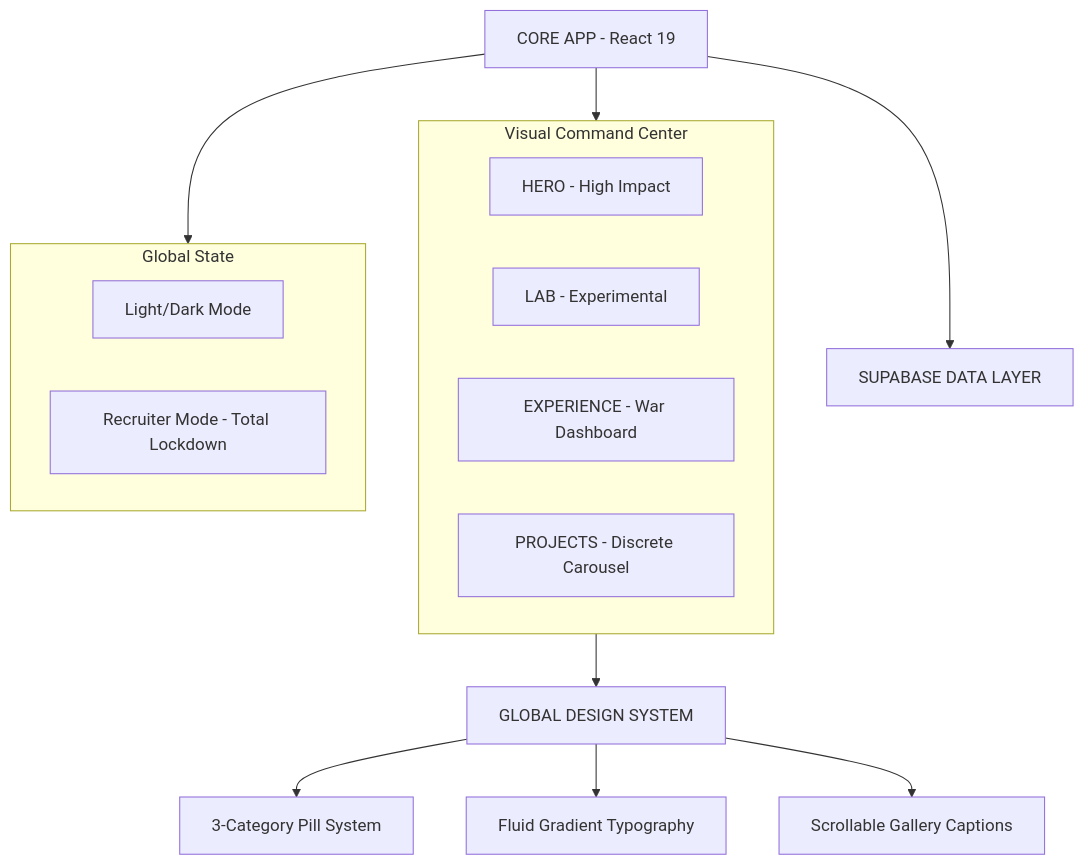
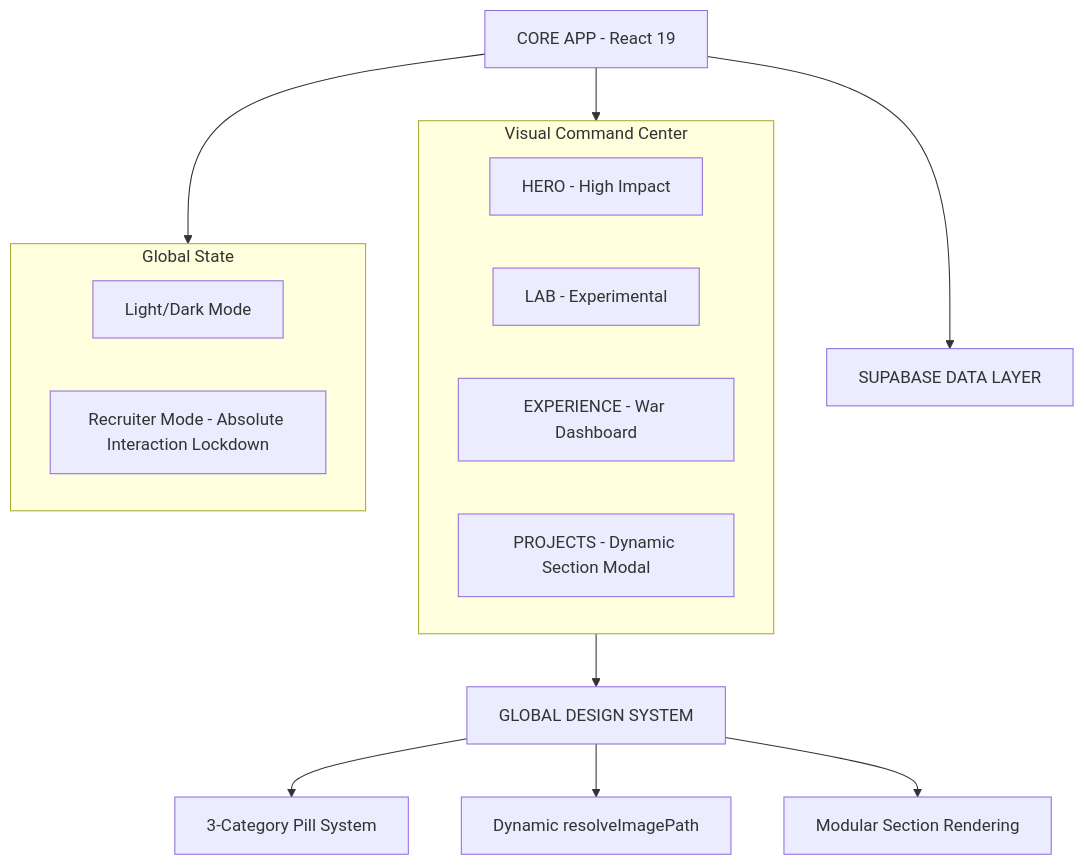
The diagram in README.md (lukaslimna1/Lucas-Lima-Digital), drawn with Mermaid before and after one commit. The commit also changed other lines of this file, not shown here.

Commit message:
docs: update industrial standard to v6.0.7 and document dynamic architecture

````diff
--- a/README.md
+++ b/README.md
@@ -31,23 +31,23 @@
 ```mermaid
 graph TD
     A[CORE APP - React 19] --> B[VISUAL MODULES]
     A --> C[SUPABASE DATA LAYER]
     A --> E[THEME & MODE CONTROLLER]
     
     subgraph B [Visual Command Center]
         B1[HERO - High Impact]
         B2[LAB - Experimental]
         B3[EXPERIENCE - War Dashboard]
-        B4[PROJECTS - Discrete Carousel]
+        B4[PROJECTS - Dynamic Section Modal]
     end
     
     subgraph E [Global State]
         E1[Light/Dark Mode]
-        E2[Recruiter Mode - Total Lockdown]
+        E2[Recruiter Mode - Absolute Interaction Lockdown]
     end
     
     B --> D[GLOBAL DESIGN SYSTEM]
     D --> D1[3-Category Pill System]
-    D --> D2[Fluid Gradient Typography]
-    D --> D3[Scrollable Gallery Captions]
+    D --> D2[Dynamic resolveImagePath]
+    D --> D3[Modular Section Rendering]
 ```
````
